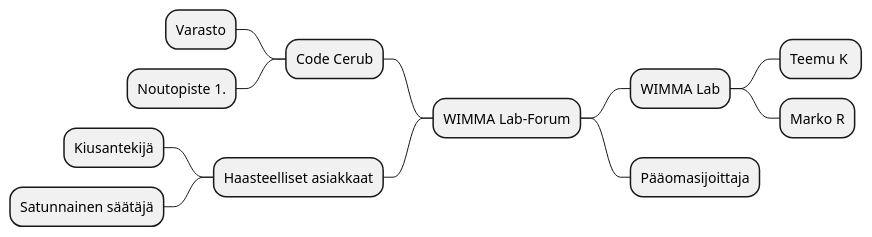
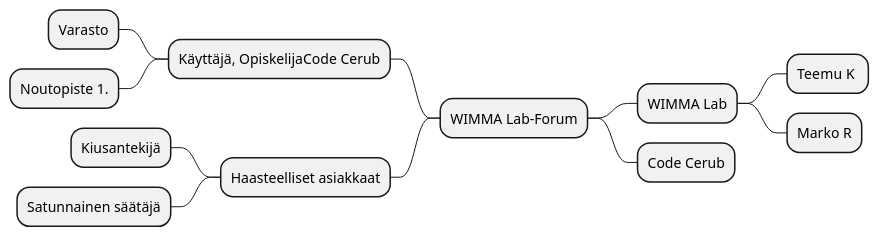
Before and after one commit to ninaleo/S2021-AB5160-core: the first of 6 diagrams in dokumentit/20-Vaatimustenhallinta/vaatimusmaaritely-tiivis.md, drawn with PlantUML.

````diff
--- a/dokumentit/20-Vaatimustenhallinta/vaatimusmaaritely-tiivis.md
+++ b/dokumentit/20-Vaatimustenhallinta/vaatimusmaaritely-tiivis.md
@@ -43,15 +43,15 @@
 ```plantuml
 @startmindmap
 + WIMMA Lab-Forum
 ++ WIMMA Lab
 +++ Teemu K 
 +++ Marko R
-++ Pääomasijoittaja
--- Code Cerub
+++ Code Cerub
+-- Käyttäjä, OpiskelijaCode Cerub
 --- Varasto
 --- Noutopiste 1.
 -- Haasteelliset asiakkaat
 --- Kiusantekijä
 --- Satunnainen säätäjä
 @endmindmap
 ```
````
